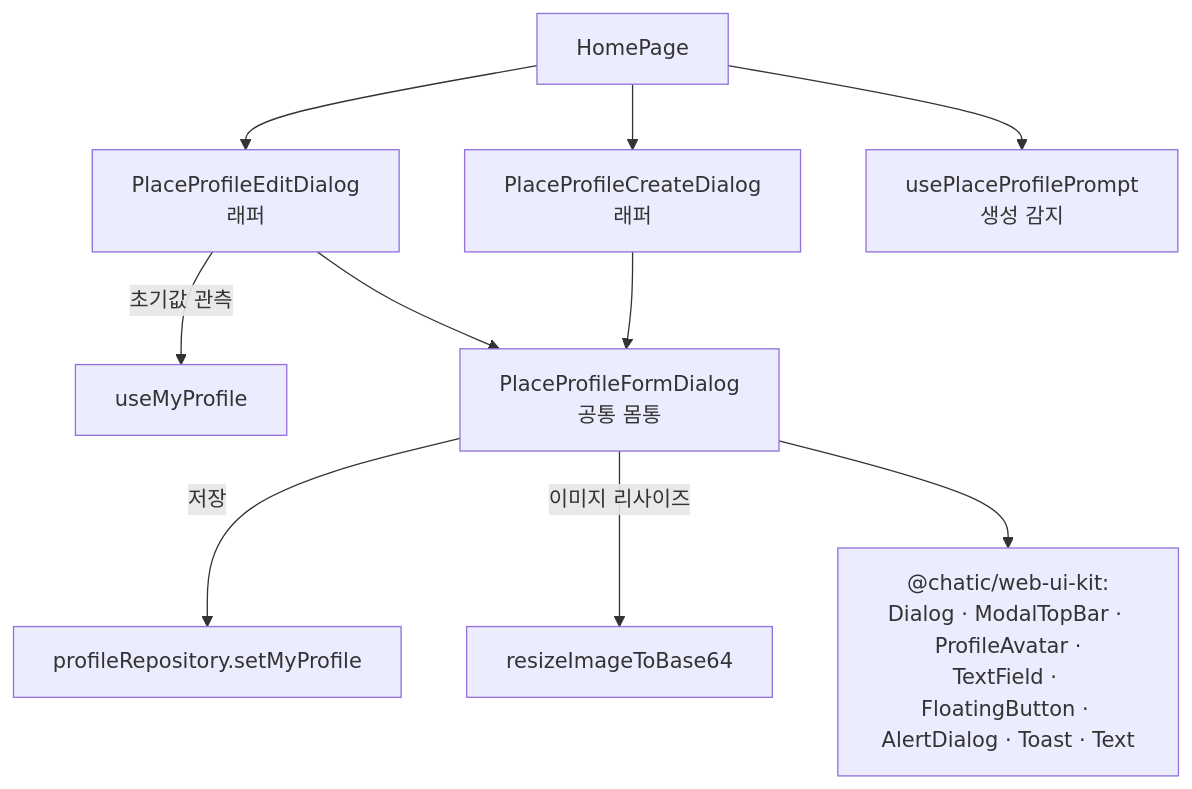
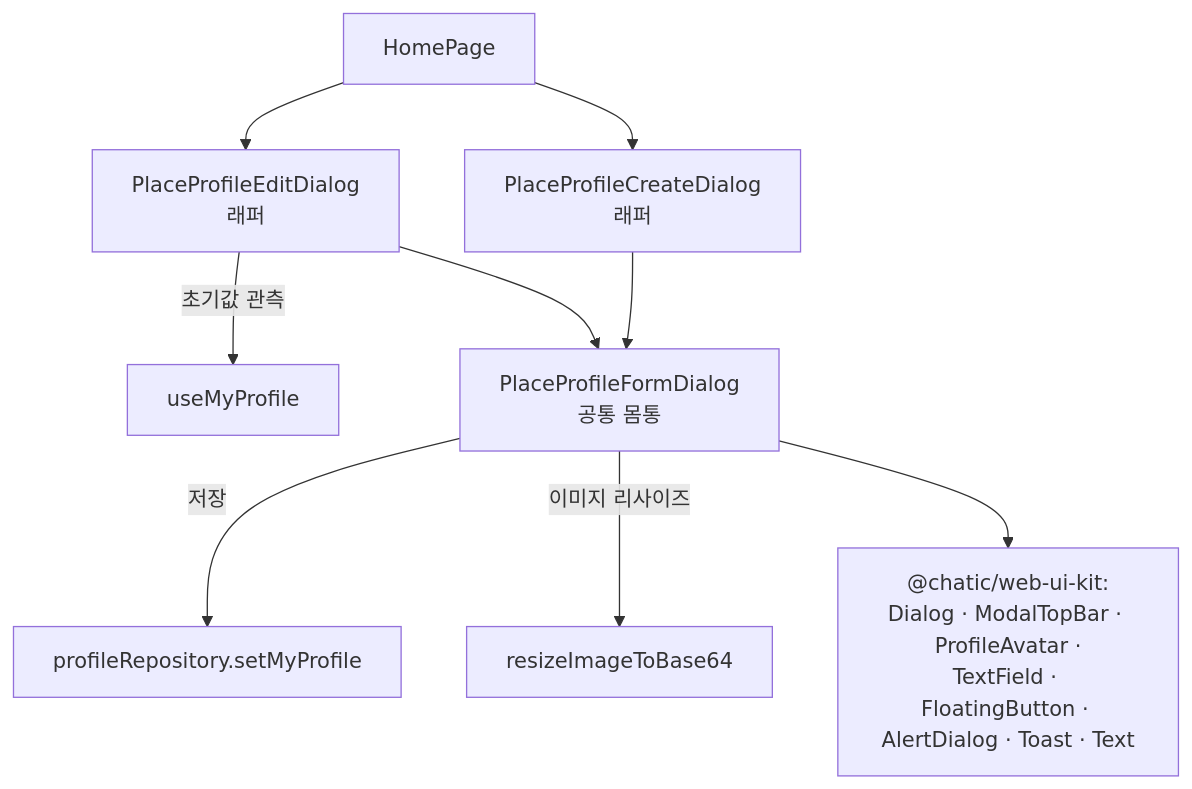
The first of 2 diagrams in apps/web/docs/feature/home/place-profile.md (lemoncloud-io/dou-app), drawn with Mermaid before and after one commit. The commit also changed other lines of this file and 2 other files, not shown here.

First line of the commit message:
docs(web/home): move the place-profile docs to where the code actually went

````diff
--- a/apps/web/docs/feature/home/place-profile.md
+++ b/apps/web/docs/feature/home/place-profile.md
@@ -60,12 +60,11 @@
 ```mermaid
 flowchart TD
     HP[HomePage] --> CRE[PlaceProfileCreateDialog<br/>래퍼]
     HP --> EDT[PlaceProfileEditDialog<br/>래퍼]
-    HP --> HOOK[usePlaceProfilePrompt<br/>생성 감지]
     EDT -->|초기값 관측| MP[useMyProfile]
     CRE --> FORM[PlaceProfileFormDialog<br/>공통 몸통]
     EDT --> FORM
     FORM -->|저장| PR[profileRepository.setMyProfile]
     FORM -->|이미지 리사이즈| RS[resizeImageToBase64]
     FORM --> UIK["@chatic/web-ui-kit:<br/>Dialog · ModalTopBar · ProfileAvatar ·<br/>TextField · FloatingButton · AlertDialog · Toast · Text"]
 ```
````
